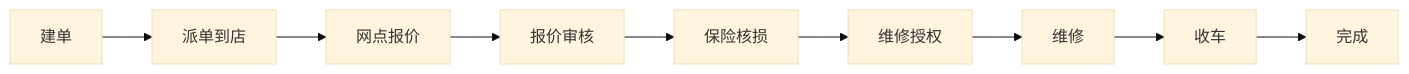
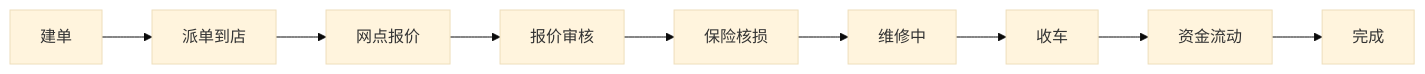
One commit to Victor-Zan/EV-Insurance-Work-Platform changed the diagram in docs/CASE_WORKFLOW_REDESIGN.md. Above: the diagram before and after it, drawn with Mermaid (base theme). The commit also changed other lines of this file and 64 other files, not shown here.

````diff
--- a/docs/CASE_WORKFLOW_REDESIGN.md
+++ b/docs/CASE_WORKFLOW_REDESIGN.md
@@ -55,11 +67,11 @@
 ```mermaid
 flowchart LR
     A[建单] --> B[派单到店]
     B --> C[网点报价]
     C --> D[报价审核]
     D --> E[保险核损]
-    E --> F[维修授权]
-    F --> G[维修]
-    G --> H[收车]
+    E --> F[维修中]
+    F --> G[收车]
+    G --> H[资金流动]
     H --> I[完成]
 ```
````
